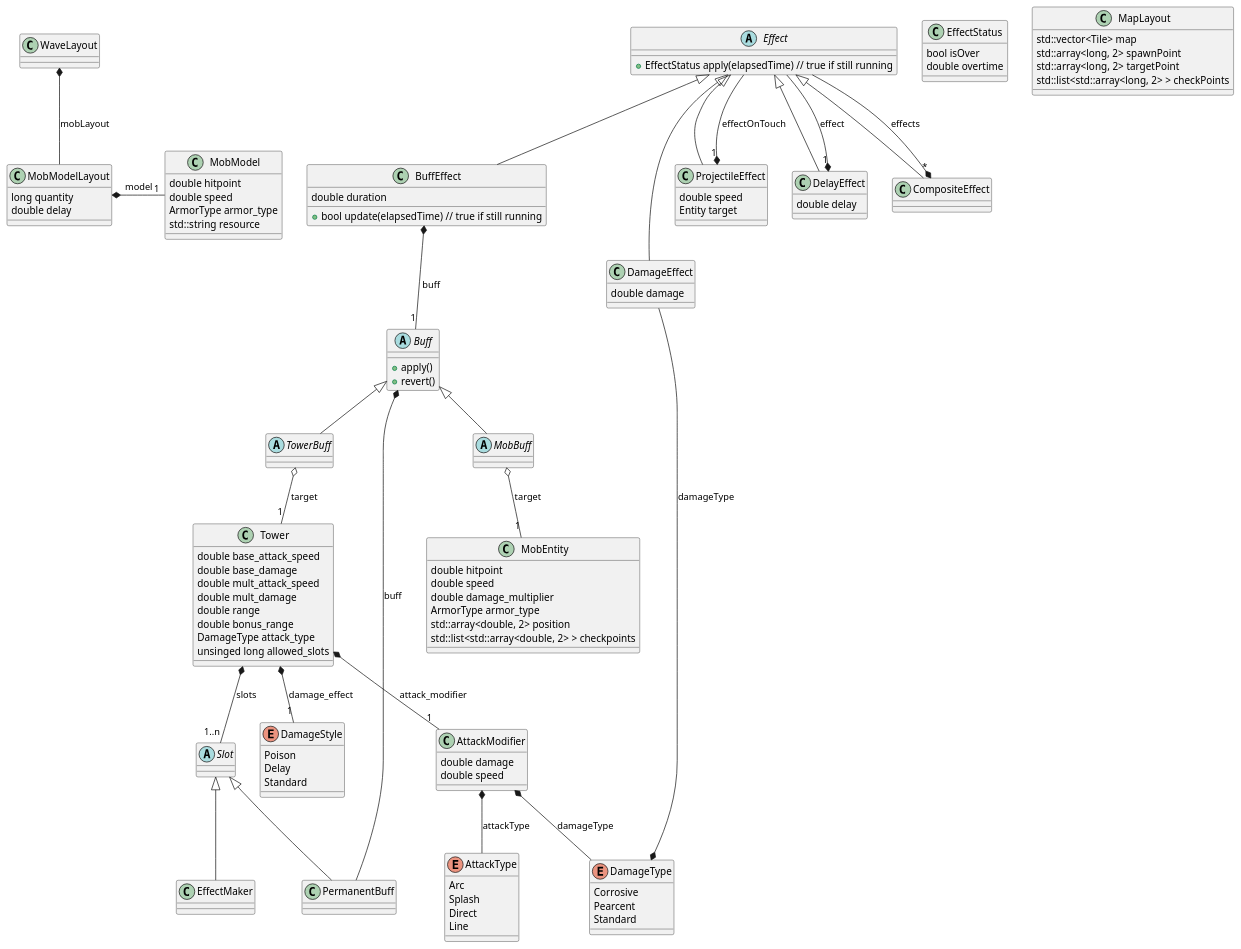
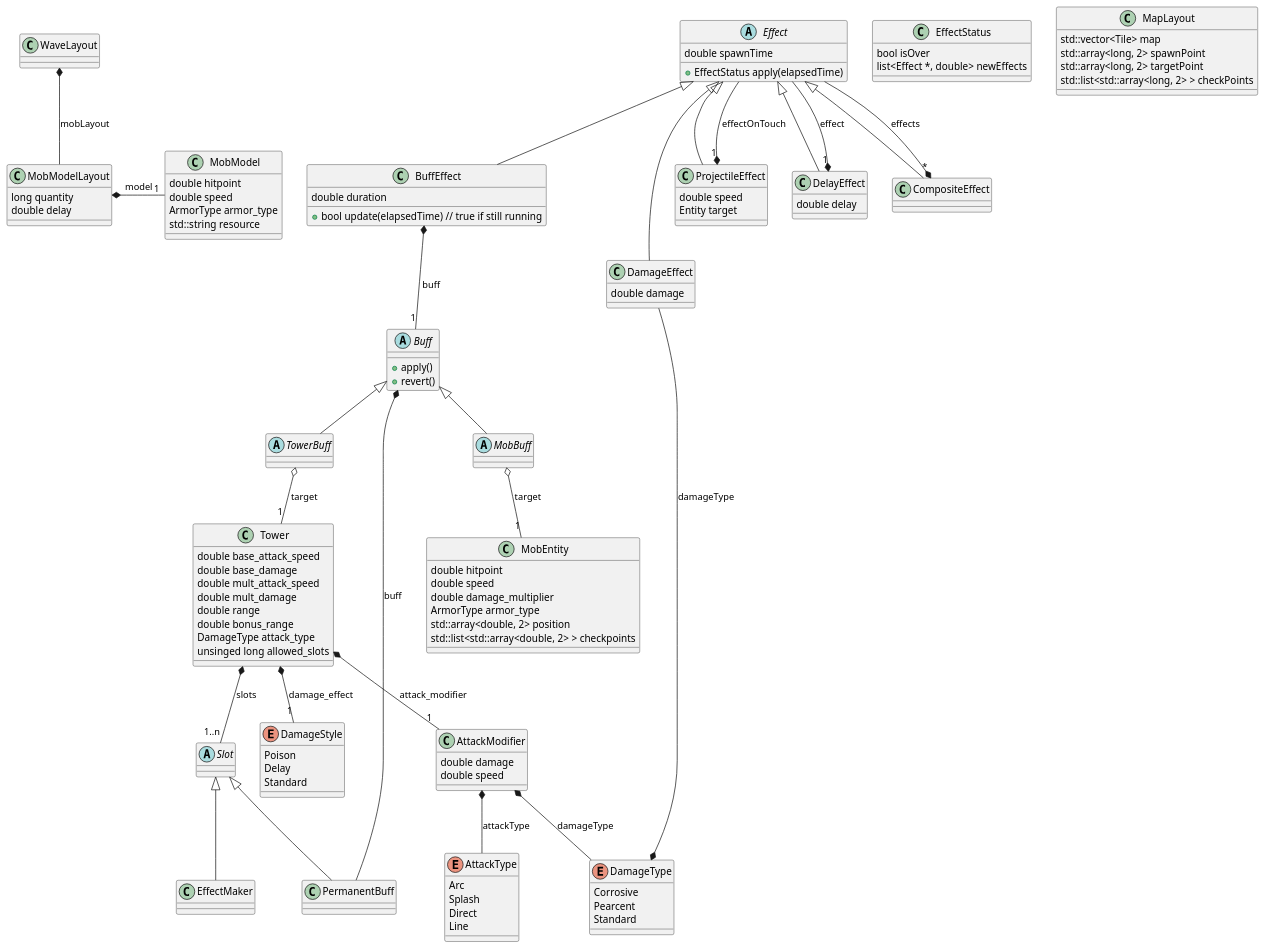
One commit to SimonPiCarter/GameEngine changed the diagram in src/cells/conception/bo.pu. Above: the diagram before and after it, drawn with PlantUML. The commit also changed 12 other files, not shown here.

```diff
--- a/src/cells/conception/bo.pu
+++ b/src/cells/conception/bo.pu
@@ -1,132 +1,133 @@
 @startuml bo
 
 class MobEntity
 
 MobEntity : double hitpoint
 MobEntity : double speed
 MobEntity : double damage_multiplier
 MobEntity : ArmorType armor_type
 MobEntity : std::array<double, 2> position
 MobEntity : std::list<std::array<double, 2> > checkpoints
 
 abstract Buff
 Buff : + apply()
 Buff : + revert()
 
 abstract MobBuff
 MobEntity "1" -u-o MobBuff : target
 
 class Tower
 Tower : double base_attack_speed
 Tower : double base_damage
 Tower : double mult_attack_speed
 Tower : double mult_damage
 Tower : double range
 Tower : double bonus_range
 Tower : DamageType attack_type
 Tower : unsinged long allowed_slots
 
 abstract TowerBuff
 Tower "1" -u-o TowerBuff : target
 
 MobBuff -u-|> Buff
 TowerBuff -u-|> Buff
 
 class EffectStatus
 EffectStatus : bool isOver
-EffectStatus : double overtime
+EffectStatus : list<Effect *, double> newEffects
 
 abstract Effect
-Effect : + EffectStatus apply(elapsedTime) // true if still running
+Effect : + EffectStatus apply(elapsedTime)
+Effect : double spawnTime
 
 class BuffEffect
 BuffEffect : + bool update(elapsedTime) // true if still running
 
 BuffEffect -u-|> Effect
 Buff "1" -u-* BuffEffect : buff
 BuffEffect : double duration
 
 class DamageEffect
 
 DamageEffect -u-|> Effect
 DamageEffect : double damage
 DamageEffect -d-* DamageType : damageType
 
 class ProjectileEffect
 
 ProjectileEffect -u-|> Effect
 ProjectileEffect : double speed
 ProjectileEffect : Entity target
 ProjectileEffect "1" *-d- Effect : effectOnTouch
 
 class DelayEffect
 
 DelayEffect -u-|> Effect
 DelayEffect : double delay
 DelayEffect "1" *-d- Effect : effect
 
 class CompositeEffect
 
 CompositeEffect -u-|> Effect
 CompositeEffect "*" *-d- Effect : effects
 
 
 class AttackModifier
 abstract Slot
 class PermanentBuff
 class EffectMaker
 
 enum AttackType
 AttackType : Arc
 AttackType : Splash
 AttackType : Direct
 AttackType : Line
 
 enum DamageType
 DamageType : Corrosive
 DamageType : Pearcent
 DamageType : Standard
 
 enum DamageStyle
 DamageStyle : Poison
 DamageStyle : Delay
 DamageStyle : Standard
 
 AttackModifier *-d- AttackType : attackType
 AttackModifier *-d- DamageType : damageType
 AttackModifier : double damage
 AttackModifier : double speed
 
 Tower *-d- "1" DamageStyle : damage_effect
 Tower *-d- "1" AttackModifier : attack_modifier
 Tower *-d- "1..n" Slot : slots
 PermanentBuff -u-|> Slot
 EffectMaker -u-|> Slot
 
 PermanentBuff -u-* Buff : buff
 
 class MapLayout
 
 MapLayout : std::vector<Tile> map
 MapLayout : std::array<long, 2> spawnPoint
 MapLayout : std::array<long, 2> targetPoint
 MapLayout : std::list<std::array<long, 2> > checkPoints
 
 class WaveLayout
 
 MobModelLayout -u-* WaveLayout : mobLayout
 
 class MobModelLayout
 
 MobModelLayout : long quantity
 MobModelLayout : double delay
 MobModelLayout *- "1" MobModel : model
 
 class MobModel
 
 MobModel : double hitpoint
 MobModel : double speed
 MobModel : ArmorType armor_type
 MobModel : std::string resource
 
 @enduml
```
